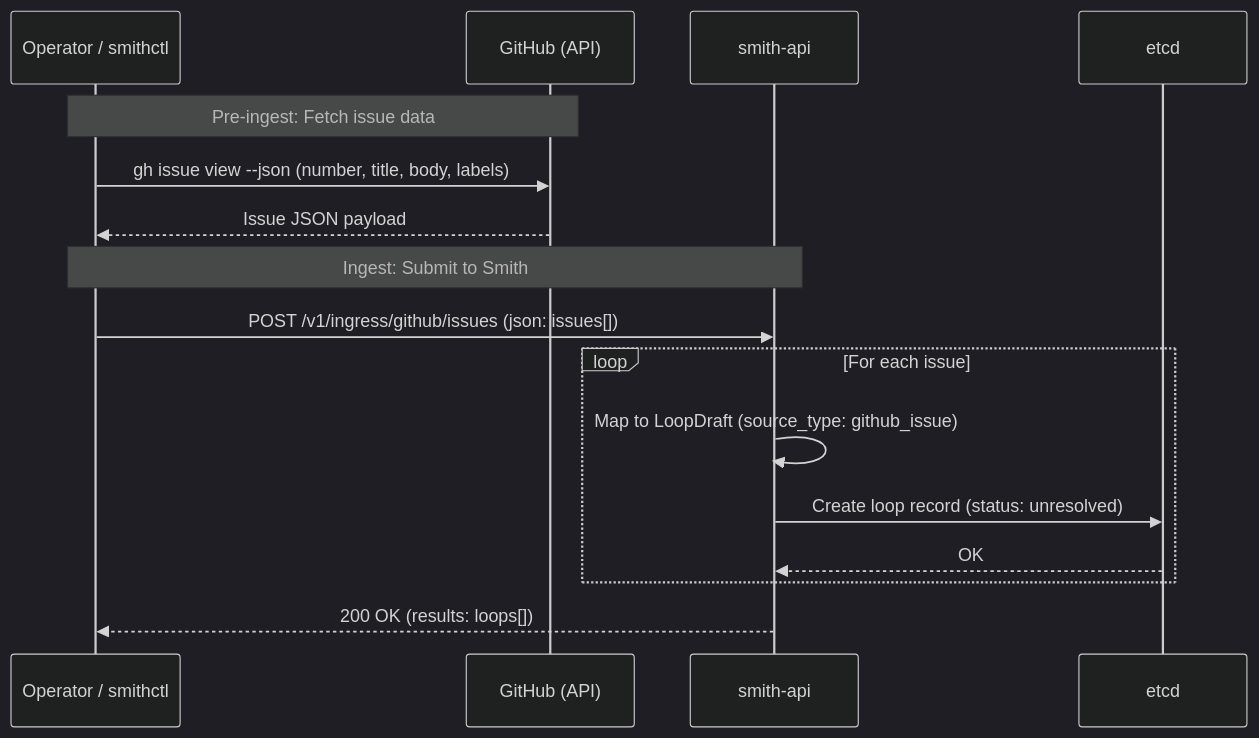
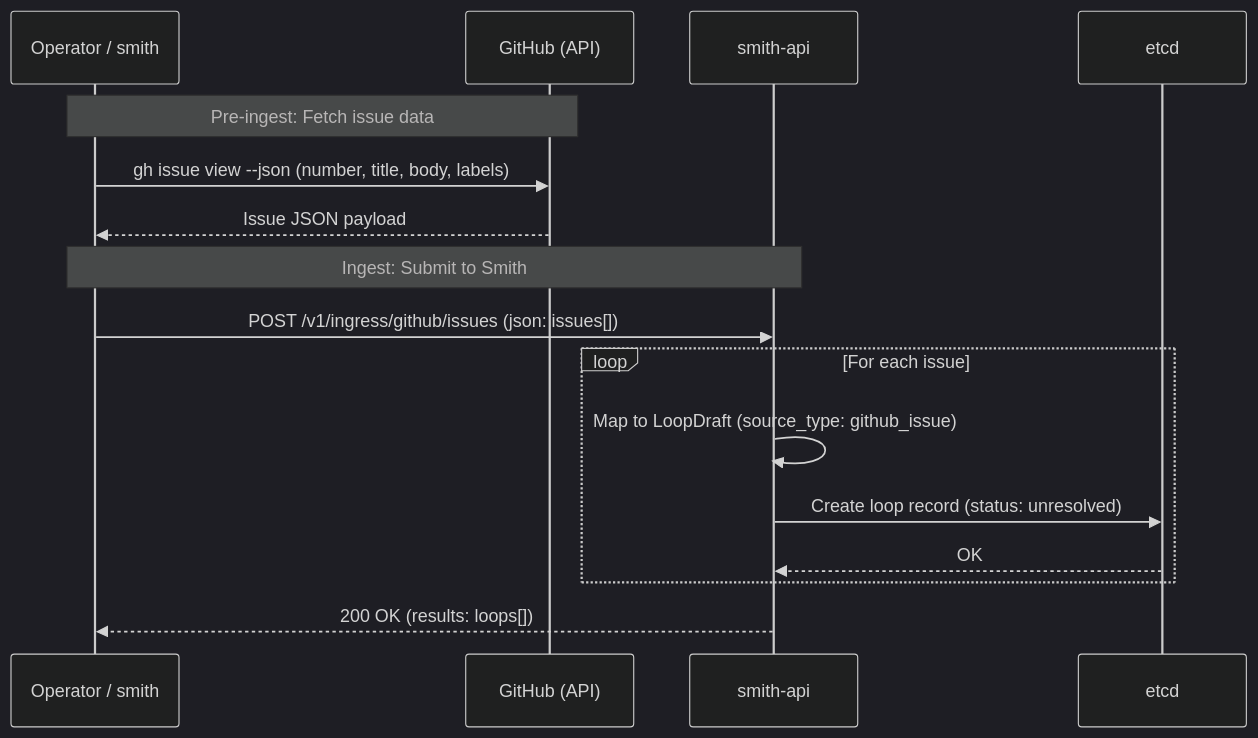
Before and after one commit to mrkplt/smith: the first of 7 diagrams in docs/loop-ingress-and-cli.md, drawn with Mermaid (dark theme). The commit also changed other lines of this file and 47 other files, not shown here.

Commit message:
refactor(cli): consolidate operator and replica flows under smith

````diff
--- a/docs/loop-ingress-and-cli.md
+++ b/docs/loop-ingress-and-cli.md
@@ -14,20 +14,20 @@
 ```mermaid
 sequenceDiagram
-    participant operator as Operator / smithctl
+    participant operator as Operator / smith
     participant github as GitHub (API)
     participant api as smith-api
     participant etcd as etcd
 
     Note over operator,github: Pre-ingest: Fetch issue data
     operator->>github: gh issue view --json (number, title, body, labels)
     github-->>operator: Issue JSON payload
     
     Note over operator,api: Ingest: Submit to Smith
     operator->>api: POST /v1/ingress/github/issues (json: issues[])
     loop For each issue
         api->>api: Map to LoopDraft (source_type: github_issue)
         api->>etcd: Create loop record (status: unresolved)
         etcd-->>api: OK
     end
     api-->>operator: 200 OK (results: loops[])
 ```
````
